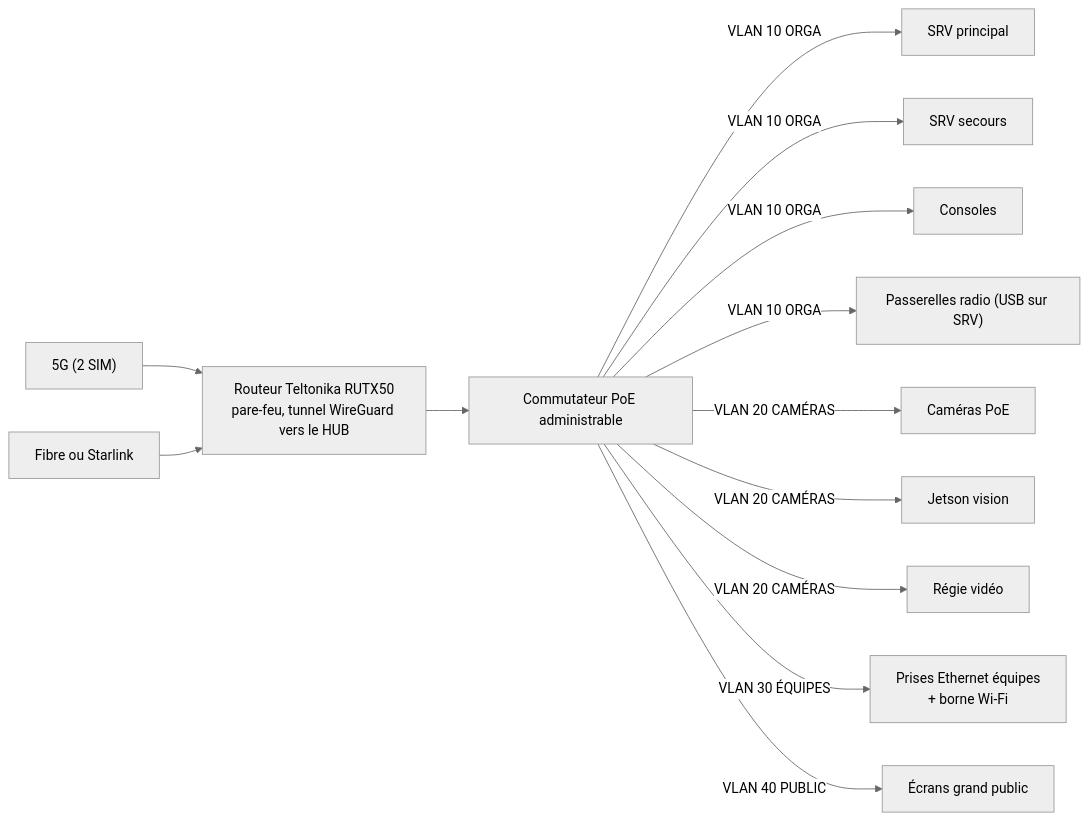
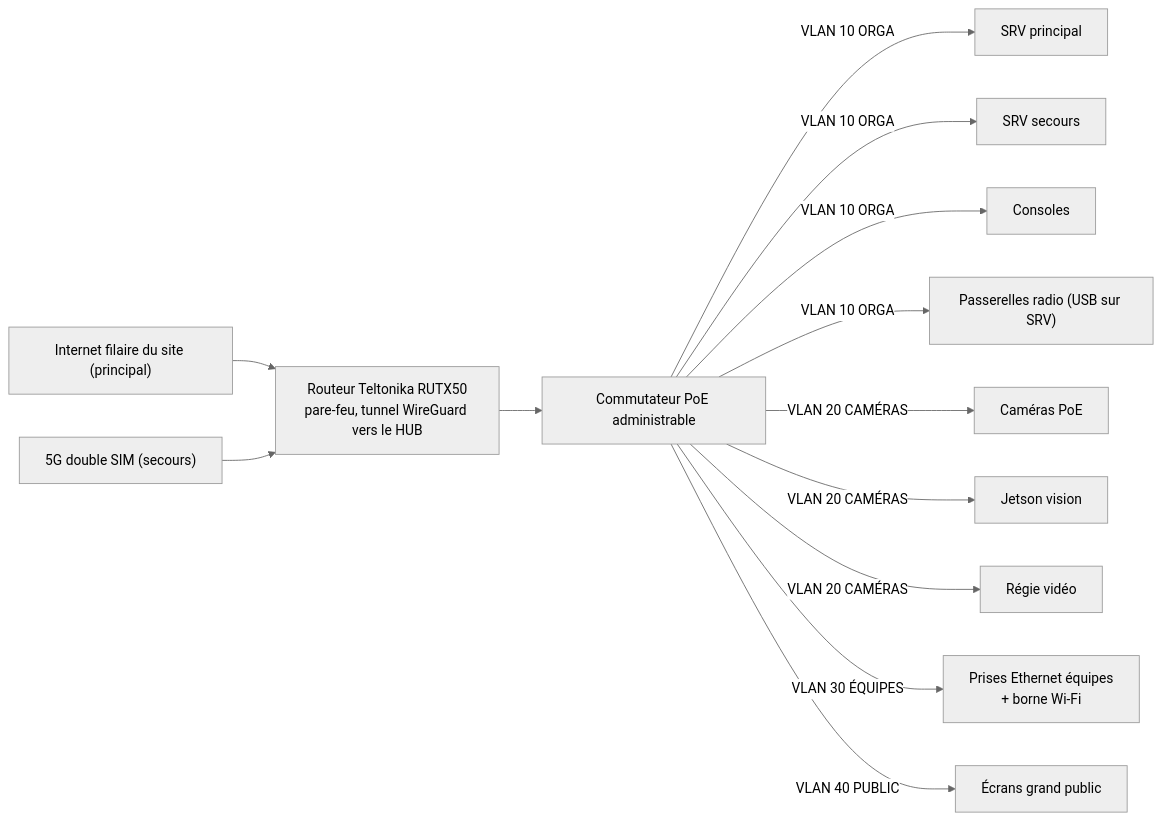
The second of 2 diagrams in docs/architecture-materiel-communications.md (romaindetroyat/AIregatta), drawn with Mermaid (neutral theme) before and after one commit. The commit also changed other lines of this file, not shown here.

First line of the commit message:
Intègre les réponses : moins de 10 bateaux, 500 m, Internet filaire, pas de port équipe

````diff
--- a/docs/architecture-materiel-communications.md
+++ b/docs/architecture-materiel-communications.md
@@ -317,10 +321,10 @@
 ```mermaid
 flowchart LR
-  INET1["5G (2 SIM)"] --> RTR
-  INET2["Fibre ou Starlink"] --> RTR
+  INET1["Internet filaire du site (principal)"] --> RTR
+  INET2["5G double SIM (secours)"] --> RTR
   RTR["Routeur Teltonika RUTX50<br/>pare-feu, tunnel WireGuard vers le HUB"] --> SW["Commutateur PoE administrable"]
   SW -- "VLAN 10 ORGA" --> SRV1["SRV principal"] & SRV2["SRV secours"] & CONS["Consoles"] & GWs["Passerelles radio (USB sur SRV)"]
   SW -- "VLAN 20 CAMÉRAS" --> CAMS["Caméras PoE"] & JET["Jetson vision"] & ATEM["Régie vidéo"]
   SW -- "VLAN 30 ÉQUIPES" --> TEAMSW["Prises Ethernet équipes<br/>+ borne Wi-Fi"]
   SW -- "VLAN 40 PUBLIC" --> SCR["Écrans grand public"]
 ```
````
